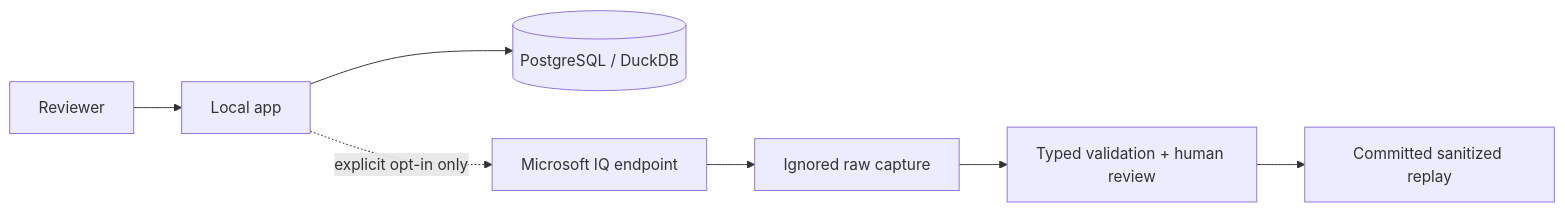
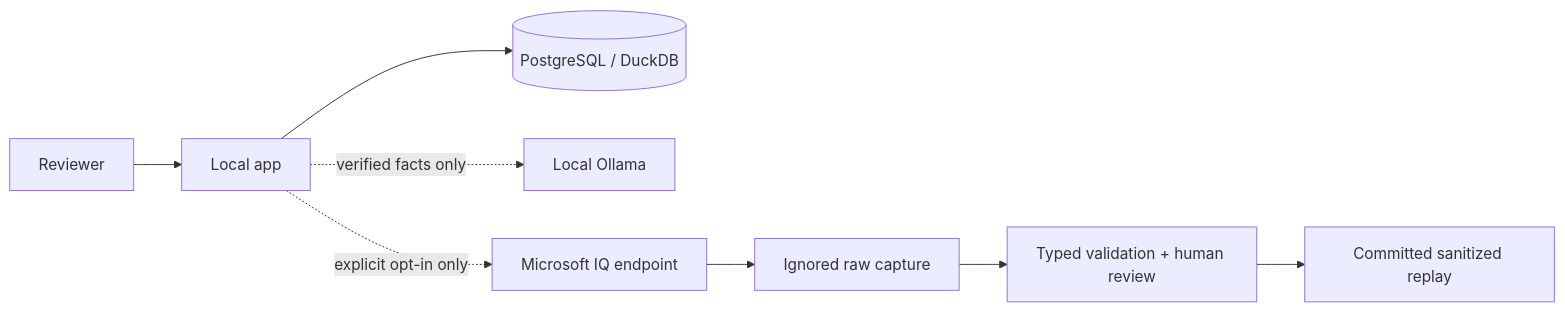
One commit to karimbaidar/concordIQ changed the diagram in docs/threat-model.md. Above: the diagram before and after it, drawn with Mermaid. The commit also changed other lines of this file and 28 other files, not shown here.

````diff
--- a/docs/threat-model.md
+++ b/docs/threat-model.md
@@ -13,9 +13,10 @@
 ```mermaid
 flowchart LR
     USER["Reviewer"] --> APP["Local app"]
     APP --> DB[("PostgreSQL / DuckDB")]
+    APP -. "verified facts only" .-> OLLAMA["Local Ollama"]
     APP -. "explicit opt-in only" .-> IQ["Microsoft IQ endpoint"]
     IQ --> RAW["Ignored raw capture"]
     RAW --> REVIEW["Typed validation + human review"]
     REVIEW --> SAFE["Committed sanitized replay"]
 ```
````
